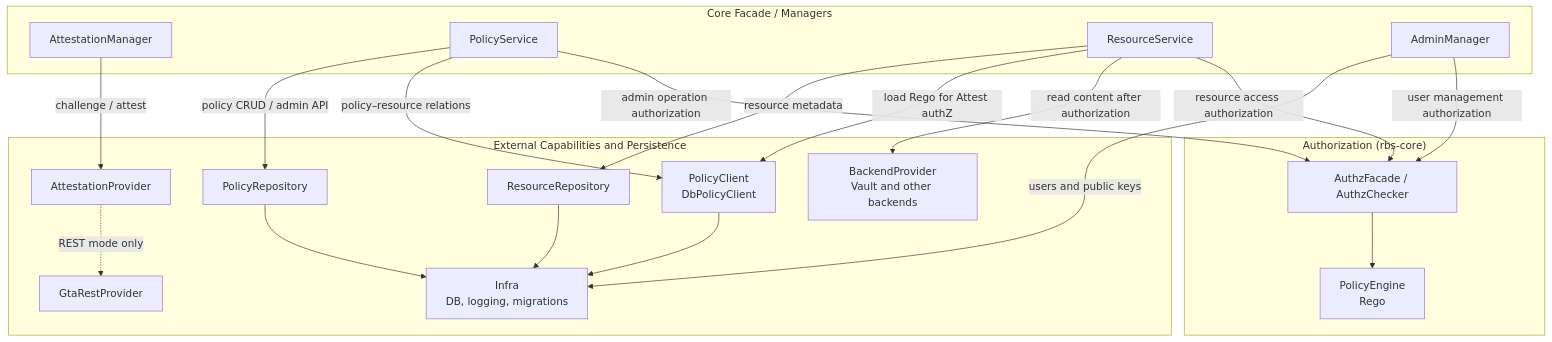
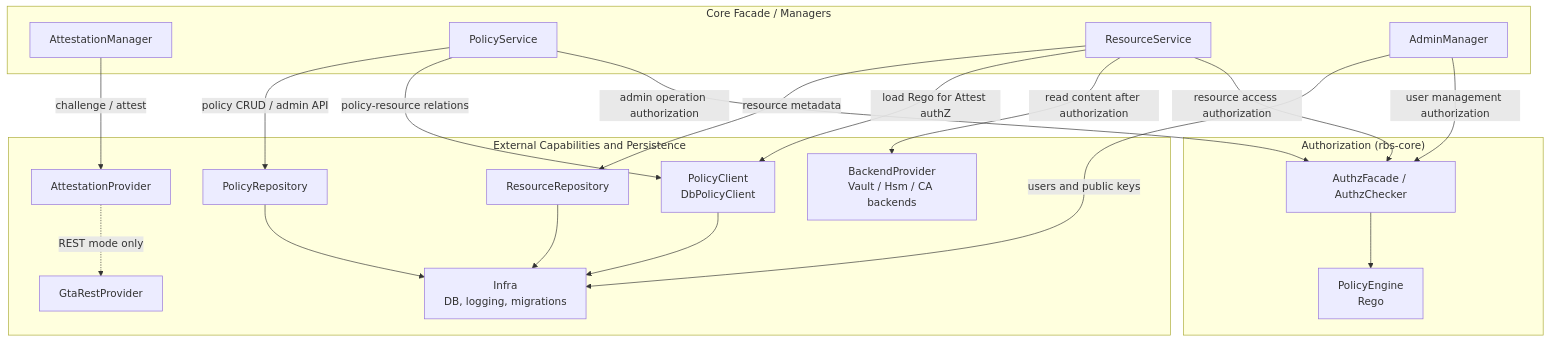
One commit to openeuler-mirror/globaltrustauthority-rbs changed the fourth of 19 diagrams in docs/design/architecture.md. Above: the diagram before and after it, drawn with Mermaid. The commit also changed other lines of this file and 24 other files, not shown here.

````diff
--- a/docs/design/architecture.md
+++ b/docs/design/architecture.md
@@ -219,41 +219,41 @@
 ```mermaid
 flowchart TB
     subgraph entry ["Core Facade / Managers"]
         AM["AttestationManager"]
         PS["PolicyService"]
         RS["ResourceService"]
         ADM["AdminManager"]
     end
 
     subgraph auth ["Authorization (rbs-core)"]
         AuthZ["AuthzFacade / AuthzChecker"]
         PE["PolicyEngine<br/>Rego"]
         AuthZ --> PE
     end
 
     subgraph deps ["External Capabilities and Persistence"]
         AP["AttestationProvider"]
         GTA["GtaRestProvider"]
         PR["PolicyRepository"]
         RR["ResourceRepository"]
         PC["PolicyClient<br/>DbPolicyClient"]
-        BP["BackendProvider<br/>Vault and other backends"]
+        BP["BackendProvider<br/>Vault / Hsm / CA backends"]
         Infra["Infra<br/>DB, logging, migrations"]
     end
 
     AM -->|"challenge / attest"| AP
     AP -.->|"REST mode only"| GTA
     PS -->|"policy CRUD / admin API"| PR
-    PS -->|"policy–resource relations"| PC
+    PS -->|"policy-resource relations"| PC
     RS -->|"resource metadata"| RR
     RS -->|"load Rego for Attest authZ"| PC
     PC --> Infra
     RS -->|"read content after authorization"| BP
     ADM -->|"users and public keys"| Infra
     PR --> Infra
     RR --> Infra
 
     PS -->|"admin operation authorization"| AuthZ
     RS -->|"resource access authorization"| AuthZ
     ADM -->|"user management authorization"| AuthZ
 ```
````
